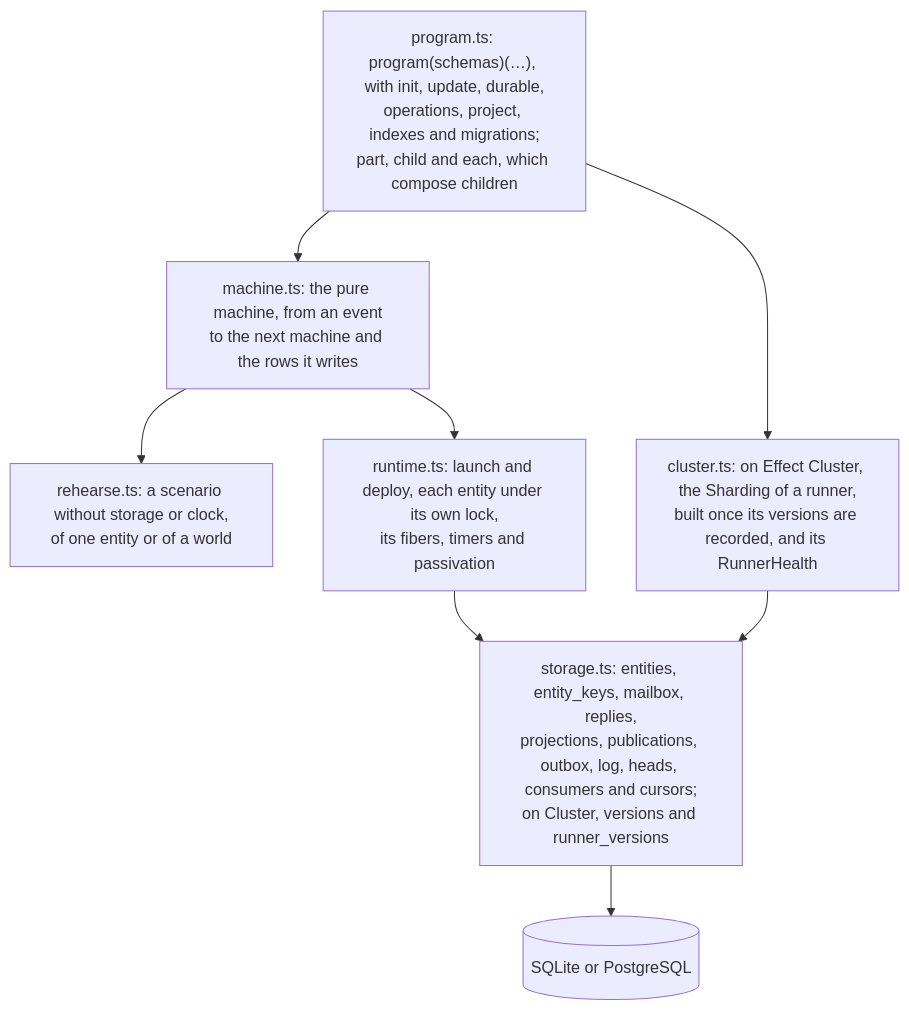
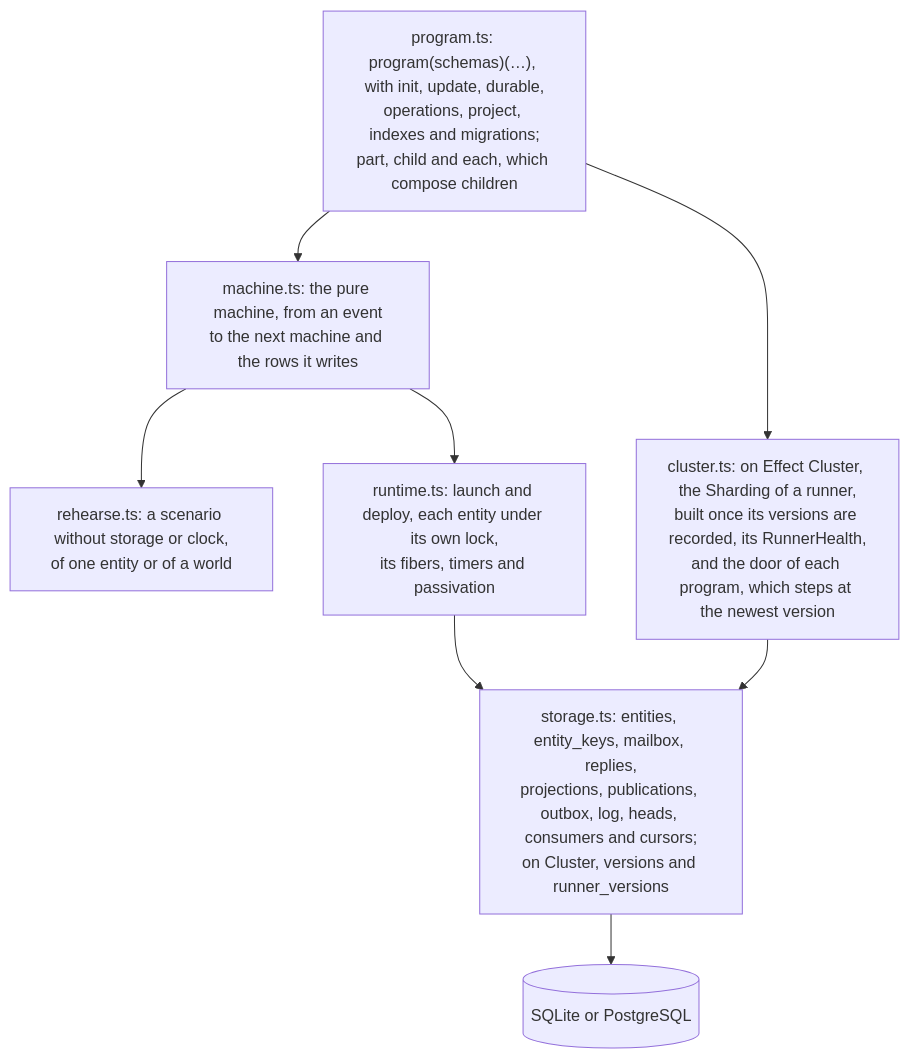
Before and after one commit to fgaudo/effect-tea-durable: the second of 2 diagrams in README.md, drawn with Mermaid. The commit also changed 4 other files, not shown here.

Commit message:
cluster: open a door per program, stepping only at the newest version

````diff
--- a/README.md
+++ b/README.md
@@ -88,18 +88,18 @@
 ```mermaid
 flowchart TB
   program["program.ts: program(schemas)(…), with init, update, durable,<br/>operations, project, indexes and migrations;<br/>part, child and each, which compose children"]
   machine["machine.ts: the pure machine, from an event<br/>to the next machine and the rows it writes"]
   rehearse["rehearse.ts: a scenario without storage or clock,<br/>of one entity or of a world"]
   runtime["runtime.ts: launch and deploy, each entity under its own lock,<br/>its fibers, timers and passivation"]
-  cluster["cluster.ts: on Effect Cluster, the Sharding of a runner,<br/>built once its versions are recorded, and its RunnerHealth"]
+  cluster["cluster.ts: on Effect Cluster, the Sharding of a runner,<br/>built once its versions are recorded, its RunnerHealth,<br/>and the door of each program, which steps at the newest version"]
   storage["storage.ts: entities, entity_keys, mailbox, replies,<br/>projections, publications, outbox, log, heads, consumers and cursors;<br/>on Cluster, versions and runner_versions"]
   db[(SQLite or PostgreSQL)]
 
   program --> machine
   machine --> rehearse
   machine --> runtime
   program --> cluster
   runtime --> storage
   cluster --> storage
   storage --> db
 ```
````
